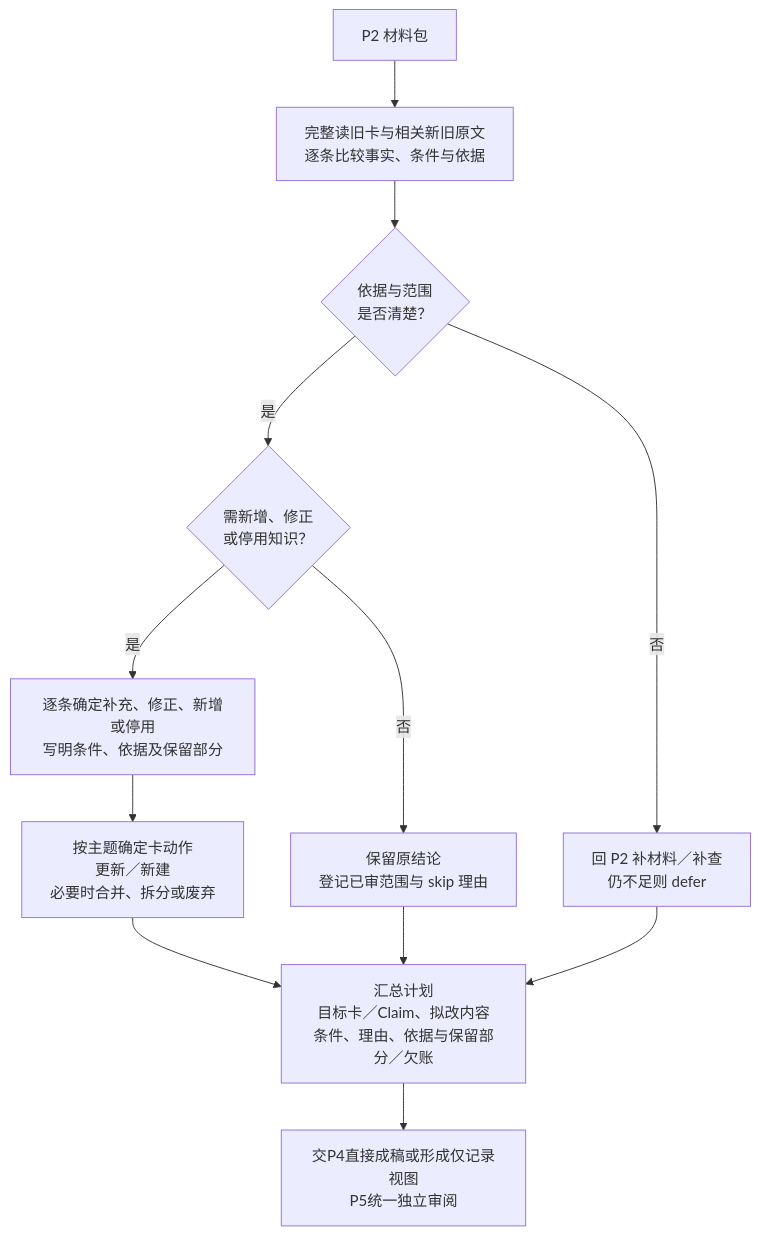
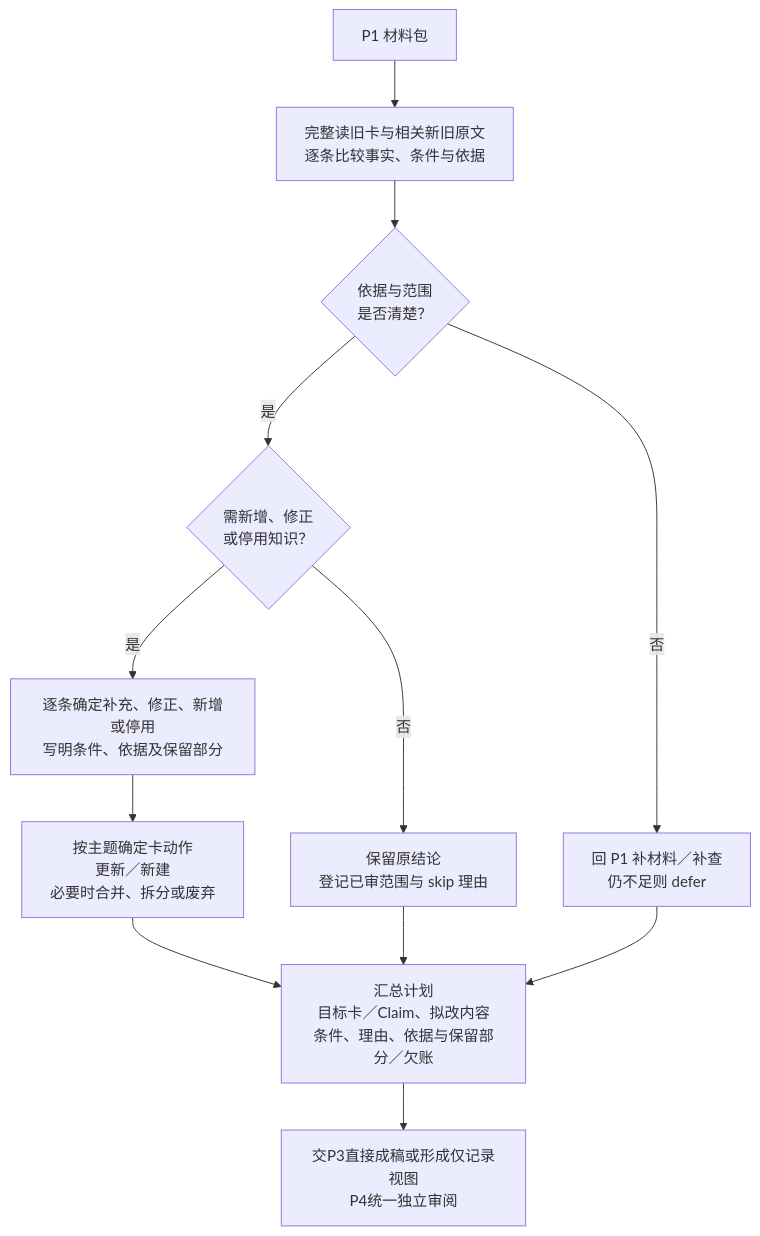
Diagram 14 of 27 in himate/himate-knowledge-wifi-mp/docs-llm-wiki/知识库详细设计.md (Robin-hhc/FactumCore), drawn with Mermaid before and after one commit. The commit also changed other lines of this file and 190 other files, not shown here.

````diff
--- a/himate/himate-knowledge-wifi-mp/docs-llm-wiki/知识库详细设计.md
+++ b/himate/himate-knowledge-wifi-mp/docs-llm-wiki/知识库详细设计.md
@@ -553,14 +559,14 @@
 ```mermaid
 flowchart TD
-    MAT["P2 材料包"] --> READ["完整读旧卡与相关新旧原文<br/>逐条比较事实、条件与依据"]
+    MAT["P1 材料包"] --> READ["完整读旧卡与相关新旧原文<br/>逐条比较事实、条件与依据"]
     READ --> ENOUGH{"依据与范围<br/>是否清楚？"}
-    ENOUGH -->|"否"| GAP["回 P2 补材料／补查<br/>仍不足则 defer"]
+    ENOUGH -->|"否"| GAP["回 P1 补材料／补查<br/>仍不足则 defer"]
     ENOUGH -->|"是"| CHANGE{"需新增、修正<br/>或停用知识？"}
     CHANGE -->|"否"| KEEP["保留原结论<br/>登记已审范围与 skip 理由"]
     CHANGE -->|"是"| CLAIM["逐条确定补充、修正、新增或停用<br/>写明条件、依据及保留部分"]
     CLAIM --> CARD["按主题确定卡动作<br/>更新／新建<br/>必要时合并、拆分或废弃"]
     CARD --> PLAN["汇总计划<br/>目标卡／Claim、拟改内容<br/>条件、理由、依据与保留部分／欠账"]
     KEEP --> PLAN
     GAP --> PLAN
-    PLAN --> P4["交P4直接成稿或形成仅记录视图<br/>P5统一独立审阅"]
+    PLAN --> P3["交P3直接成稿或形成仅记录视图<br/>P4统一独立审阅"]
 ```
````
